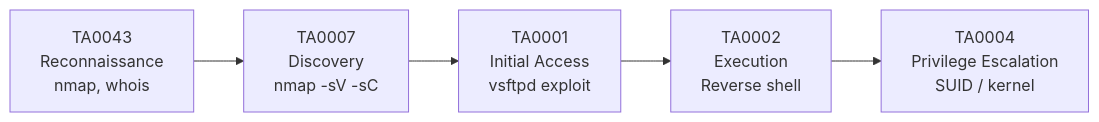
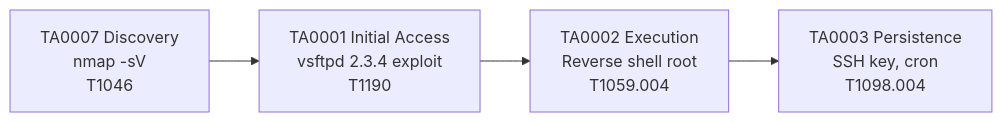
The second of 4 diagrams in JOUR-02.md (yugmerabtene/techniques-de-hacking-niveau-1), drawn with Mermaid before and after one commit. The commit also changed other lines of this file and 22 other files, not shown here.

Commit message:
v3: labs ultra-guides + HORS-SERIE agentic KillChainAgent + schemas mermaid + ATT&CK partout

````diff
--- a/JOUR-02.md
+++ b/JOUR-02.md
@@ -50,7 +59,6 @@
 ```mermaid
 flowchart LR
-    A["TA0043<br/>Reconnaissance<br/>nmap, whois"] --> B["TA0007<br/>Discovery<br/>nmap -sV -sC"]
-    B --> C["TA0001<br/>Initial Access<br/>vsftpd exploit"]
-    C --> D["TA0002<br/>Execution<br/>Reverse shell"]
-    D --> E["TA0004<br/>Privilege Escalation<br/>SUID / kernel"]
+    A["TA0007 Discovery<br/>nmap -sV<br/>T1046"] --> B["TA0001 Initial Access<br/>vsftpd 2.3.4 exploit<br/>T1190"]
+    B --> C["TA0002 Execution<br/>Reverse shell root<br/>T1059.004"]
+    C --> D["TA0003 Persistence<br/>SSH key, cron<br/>T1098.004"]
 ```
````
